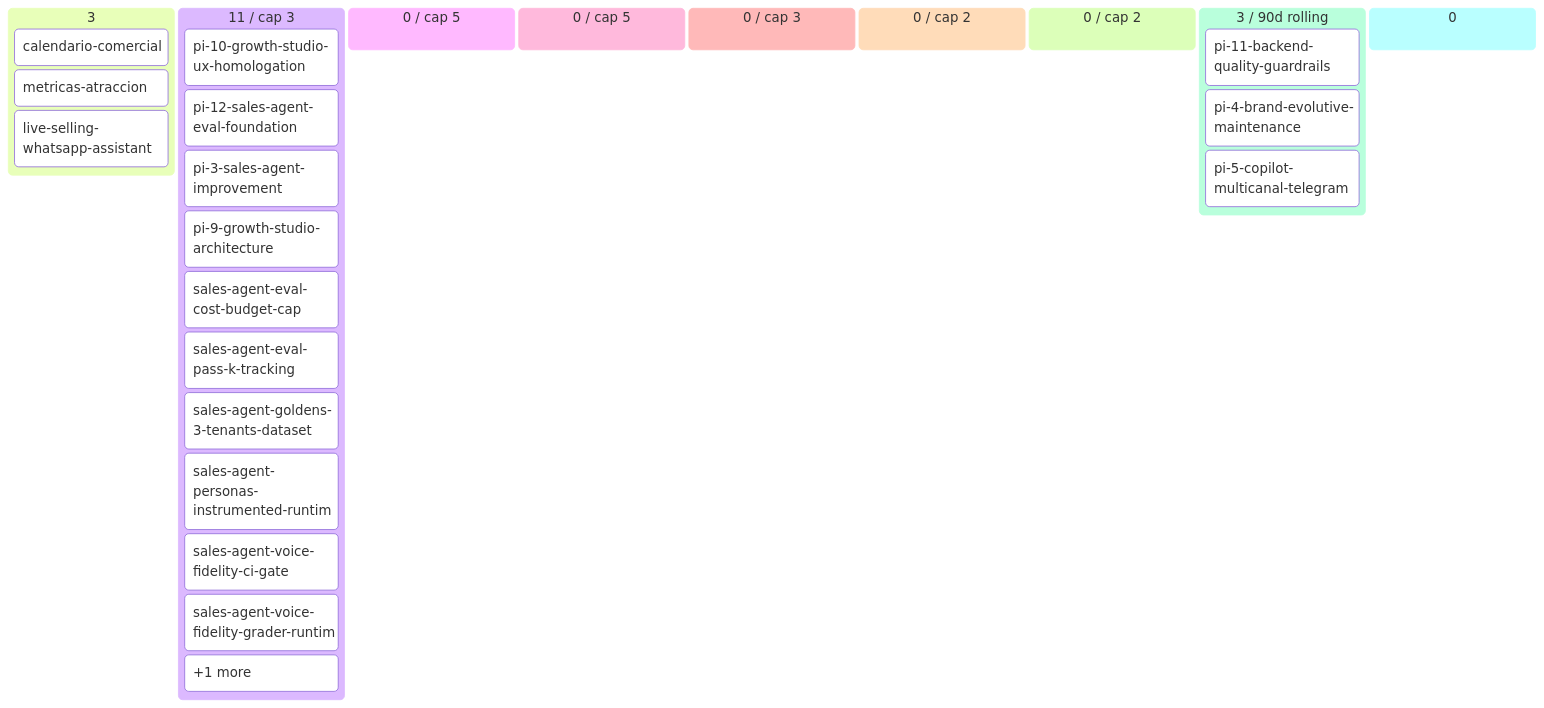
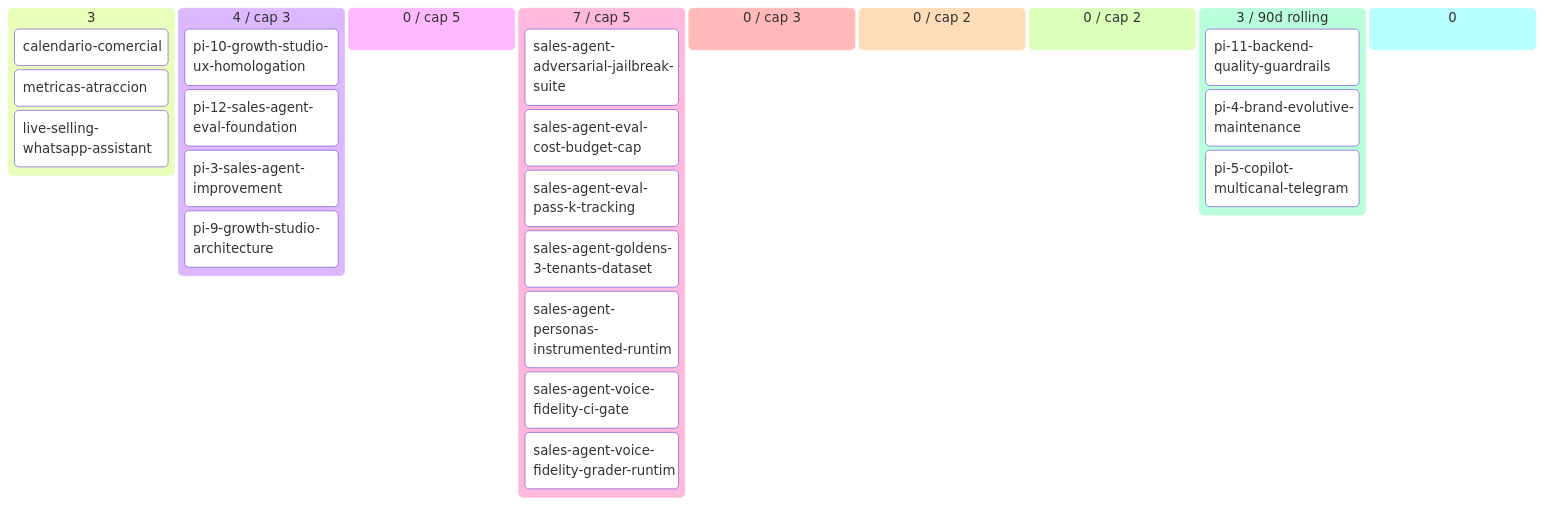
Before and after one commit to alpacapurpura/ap_sales_agent: the diagram in docs/product/BACKLOG.md, drawn with Mermaid. The commit also changed other lines of this file and 15 other files, not shown here.

````diff
--- a/docs/product/BACKLOG.md
+++ b/docs/product/BACKLOG.md
@@ -56,29 +55,29 @@
 ```mermaid
 kanban
   💡 Ideas (3)
     calendario-comercial[calendario-comercial]
     metricas-atraccion[metricas-atraccion]
     live-selling-whatsapp-assistan[live-selling-whatsapp-assistant]
-  🔬 Refining (11 / cap 3)
+  🔬 Refining (4 / cap 3)
     pi-10-growth-studio-ux-homolog[pi-10-growth-studio-ux-homologation]
     pi-12-sales-agent-eval-foundat[pi-12-sales-agent-eval-foundation]
     pi-3-sales-agent-improvement[pi-3-sales-agent-improvement]
     pi-9-growth-studio-architectur[pi-9-growth-studio-architecture]
+  ✅ Refined (0 / cap 5)
+  📦 Ready (7 / cap 5)
+    sales-agent-adversarial-jailbr[sales-agent-adversarial-jailbreak-suite]
     sales-agent-eval-cost-budget-c[sales-agent-eval-cost-budget-cap]
     sales-agent-eval-pass-k-tracki[sales-agent-eval-pass-k-tracking]
     sales-agent-goldens-3-tenants-[sales-agent-goldens-3-tenants-dataset]
     sales-agent-personas-instrumen[sales-agent-personas-instrumented-runtim]
     sales-agent-voice-fidelity-ci-[sales-agent-voice-fidelity-ci-gate]
     sales-agent-voice-fidelity-gra[sales-agent-voice-fidelity-grader-runtim]
-    overflow-🔬 Refining[+1 more]
-  ✅ Refined (0 / cap 5)
-  📦 Ready (0 / cap 5)
   🔨 Developing (0 / cap 3)
   🧪 Developed (0 / cap 2)
   🔍 Reviewing (0 / cap 2)
   ✅ Done (3 / 90d rolling)
     pi-11-backend-quality-guardrai[pi-11-backend-quality-guardrails]
     pi-4-brand-evolutive-maintenan[pi-4-brand-evolutive-maintenance]
     pi-5-copilot-multicanal-telegr[pi-5-copilot-multicanal-telegram]
   🅿 Parked (0)
 ```
````
